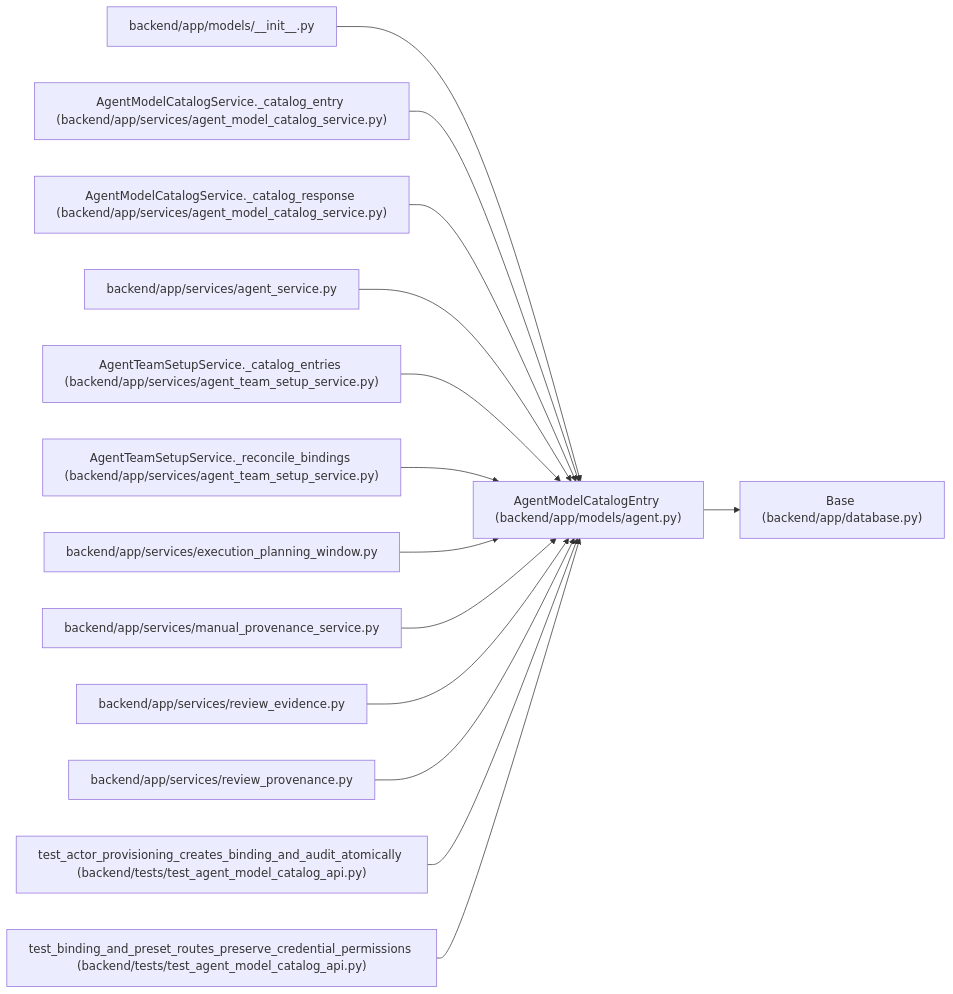
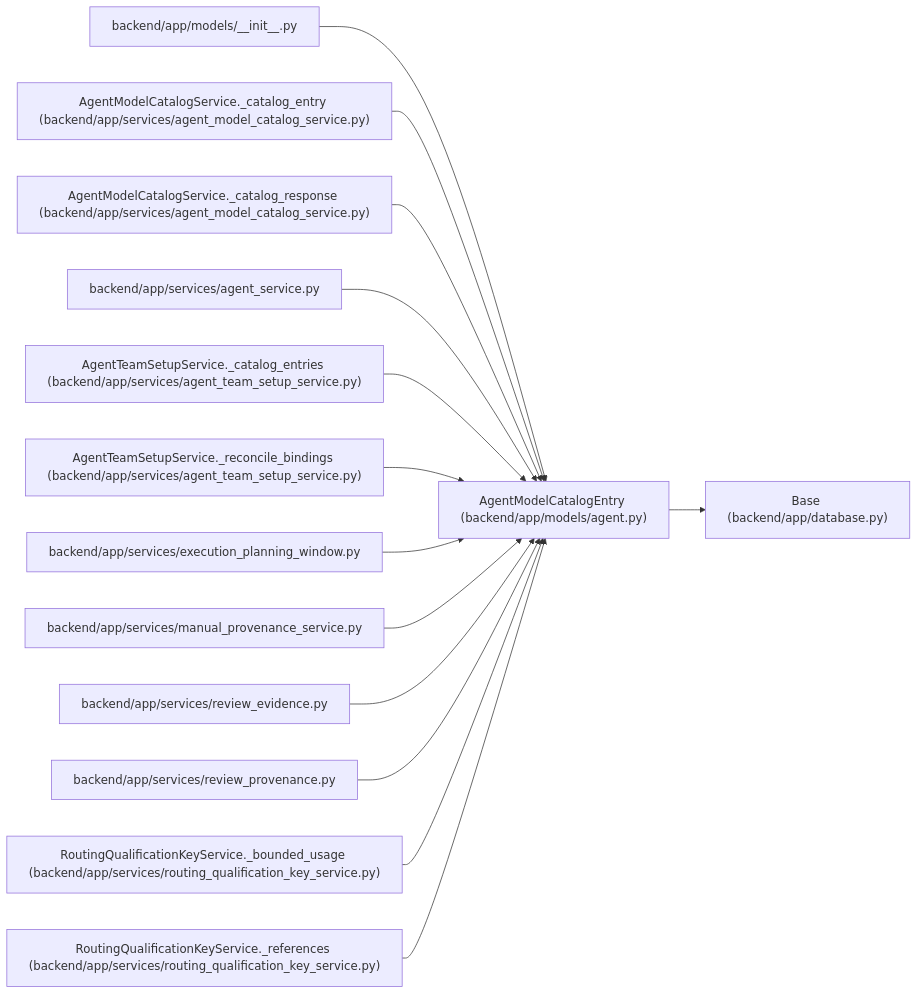
Before and after one commit to Denissvgn/WorkChord: the diagram in docs/llm_wiki/entities/models_agent_AgentModelCatalogEntry.md, drawn with Mermaid. The commit also changed other lines of this file and 911 other files, not shown here.

Commit message:
Sync the architectural wiki for deployment qualification keys

````diff
--- a/docs/llm_wiki/entities/models_agent_AgentModelCatalogEntry.md
+++ b/docs/llm_wiki/entities/models_agent_AgentModelCatalogEntry.md
@@ -42,44 +43,44 @@
 ```mermaid
 flowchart LR
     n0["AgentModelCatalogEntry (backend/app/models/agent.py)"]
     n1["Base (backend/app/database.py)"]
     n2["backend/app/models/__init__.py"]
     n3["AgentModelCatalogService._catalog_entry (backend/app/services/agent_model_catalog_service.py)"]
     n4["AgentModelCatalogService._catalog_response (backend/app/services/agent_model_catalog_service.py)"]
     n5["backend/app/services/agent_service.py"]
     n6["AgentTeamSetupService._catalog_entries (backend/app/services/agent_team_setup_service.py)"]
     n7["AgentTeamSetupService._reconcile_bindings (backend/app/services/agent_team_setup_service.py)"]
     n8["backend/app/services/execution_planning_window.py"]
     n9["backend/app/services/manual_provenance_service.py"]
     n10["backend/app/services/review_evidence.py"]
     n11["backend/app/services/review_provenance.py"]
-    n12["test_actor_provisioning_creates_binding_and_audit_atomically (backend/tests/test_agent_model_catalog_api.py)"]
-    n13["test_binding_and_preset_routes_preserve_credential_permissions (backend/tests/test_agent_model_catalog_api.py)"]
+    n12["RoutingQualificationKeyService._bounded_usage (backend/app/services/routing_qualification_key_service.py)"]
+    n13["RoutingQualificationKeyService._references (backend/app/services/routing_qualification_key_service.py)"]
     n0 --> n1
     n2 --> n0
     n3 --> n0
     n4 --> n0
     n5 --> n0
     n6 --> n0
     n7 --> n0
     n8 --> n0
     n9 --> n0
     n10 --> n0
     n11 --> n0
     n12 --> n0
     n13 --> n0
     click n0 "../modules/models_agent.md"
     click n1 "../modules/app_database.md"
     click n2 "../modules/models___init__.md"
     click n3 "../modules/agent_model_catalog_service.md"
     click n4 "../modules/agent_model_catalog_service.md"
     click n5 "../modules/agent_service.md"
     click n6 "../modules/agent_team_setup_service.md"
     click n7 "../modules/agent_team_setup_service.md"
     click n8 "../modules/execution_planning_window.md"
     click n9 "../modules/manual_provenance_service.md"
     click n10 "../modules/services_review_evidence.md"
     click n11 "../modules/review_provenance.md"
-    click n12 "../modules/test_agent_model_catalog_api.md"
-    click n13 "../modules/test_agent_model_catalog_api.md"
+    click n12 "../modules/routing_qualification_key_service.md"
+    click n13 "../modules/routing_qualification_key_service.md"
 ```
````
